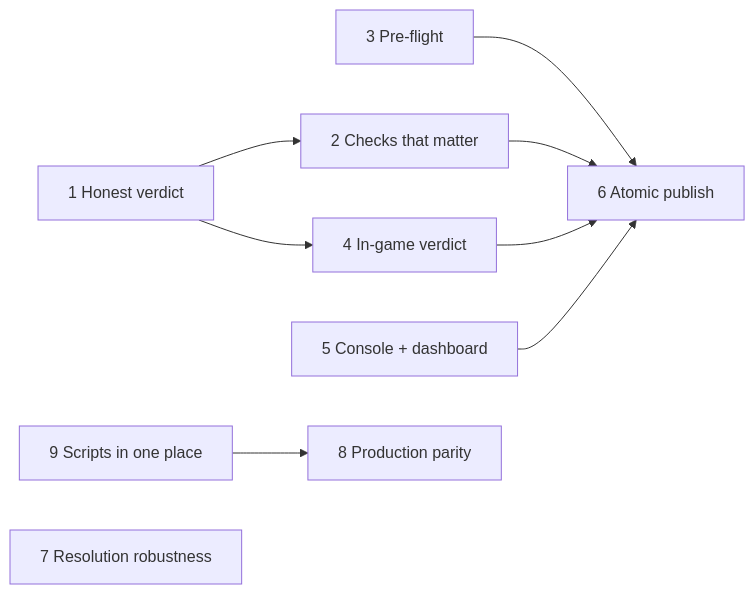
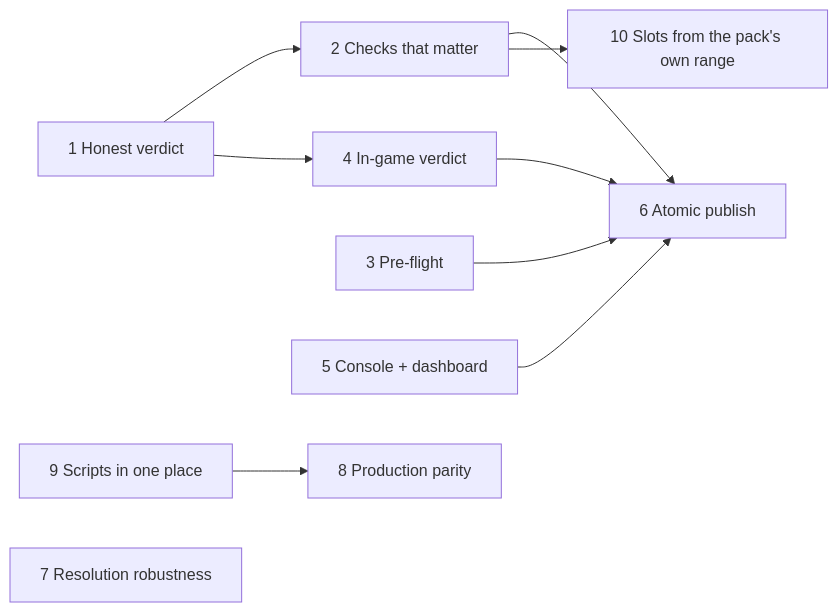
Before and after one commit to MCME/ResourcePackScripts: the diagram in docs/release-rework-issues.md, drawn with Mermaid. The commit also changed other lines of this file and 1 other file, not shown here.

````diff
--- a/docs/release-rework-issues.md
+++ b/docs/release-rework-issues.md
@@ -15,11 +15,12 @@
 ```mermaid
 flowchart LR
     i1["1 Honest verdict"] --> i2["2 Checks that matter"]
     i1 --> i4["4 In-game verdict"]
     i3["3 Pre-flight"] --> i6["6 Atomic publish"]
     i2 --> i6
     i4 --> i6
     i5["5 Console + dashboard"] --> i6
     i9["9 Scripts in one place"] --> i8["8 Production parity"]
     i7["7 Resolution robustness"]
+    i2 --> i10["10 Slots from the pack's own range"]
 ```
````
